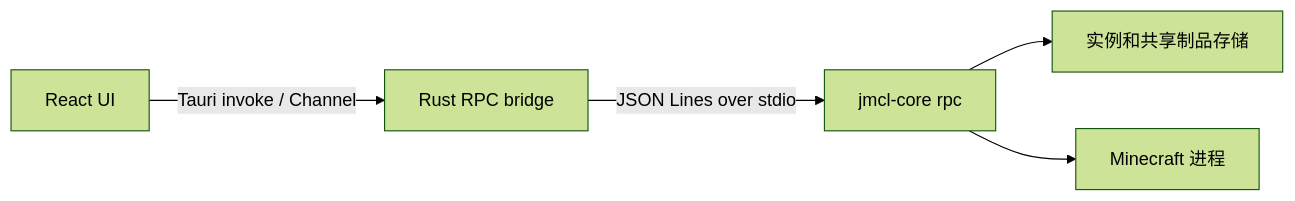
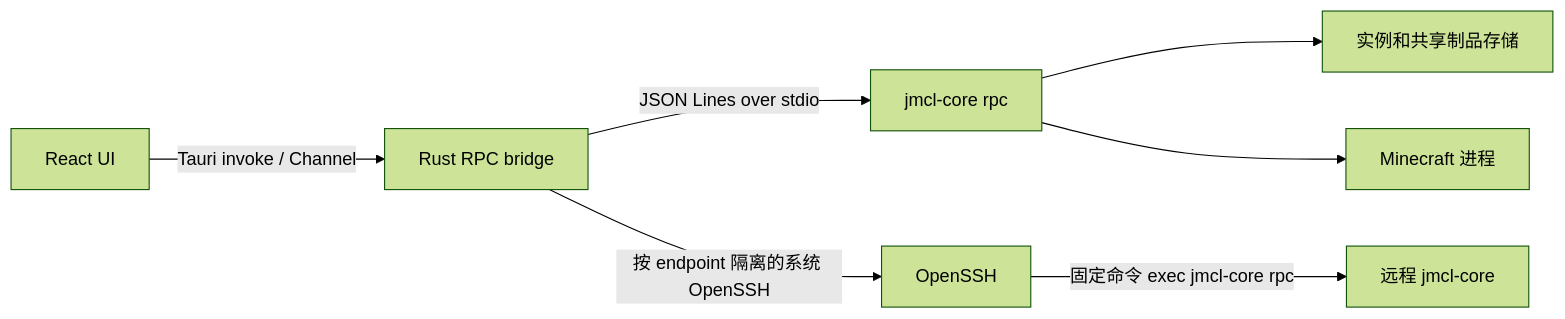
Before and after one commit to 678mjoe/JMCL-frontend: the diagram in README-zh_CN.md, drawn with Mermaid (forest theme). The commit also changed other lines of this file and 2 other files, not shown here.

````diff
--- a/README-zh_CN.md
+++ b/README-zh_CN.md
@@ -38,7 +38,9 @@
 ```mermaid
 flowchart LR
     UI[React UI] -->|Tauri invoke / Channel| Bridge[Rust RPC bridge]
     Bridge -->|JSON Lines over stdio| Core[jmcl-core rpc]
+    Bridge -->|按 endpoint 隔离的系统 OpenSSH| SSH[OpenSSH]
+    SSH -->|固定命令 exec jmcl-core rpc| Remote[远程 jmcl-core]
     Core --> Files[实例和共享制品存储]
     Core --> Game[Minecraft 进程]
 ```
````
